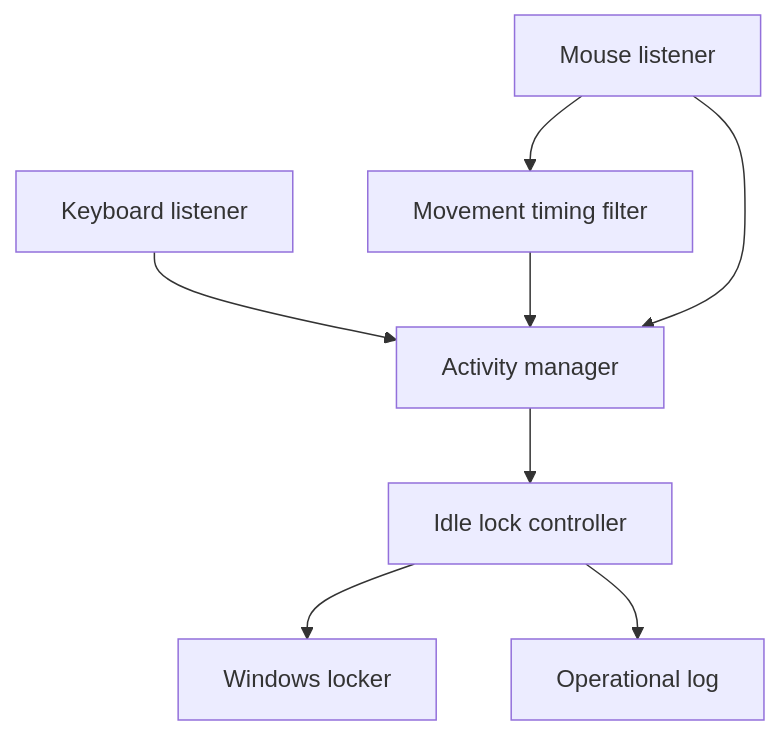
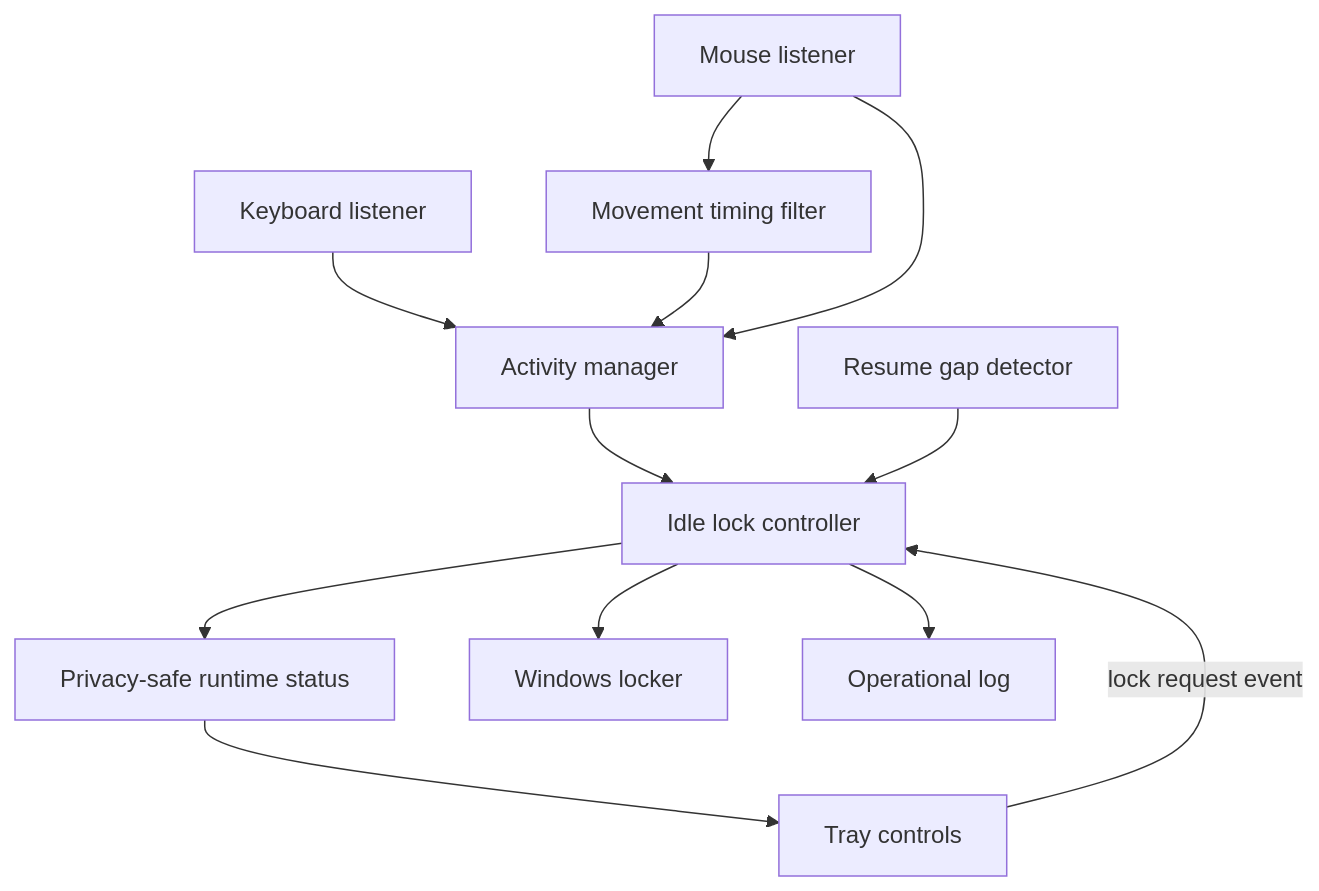
Before and after one commit to dev-collaboration-hub/sentinel-lock: the diagram in docs/ARCHITECTURE.md, drawn with Mermaid. The commit also changed other lines of this file, not shown here.

Commit message:
Integrate M5 runtime architecture

````diff
--- a/docs/ARCHITECTURE.md
+++ b/docs/ARCHITECTURE.md
@@ -19,10 +19,14 @@
 ```mermaid
 flowchart TD
     K["Keyboard listener"] --> A["Activity manager"]
     M["Mouse listener"] --> F["Movement timing filter"]
     F --> A
     M --> A
     A --> C["Idle lock controller"]
+    R["Resume gap detector"] --> C
+    T["Tray controls"] -->|lock request event| C
+    C --> S["Privacy-safe runtime status"]
+    S --> T
     C --> L["Windows locker"]
     C --> O["Operational log"]
 ```
````
